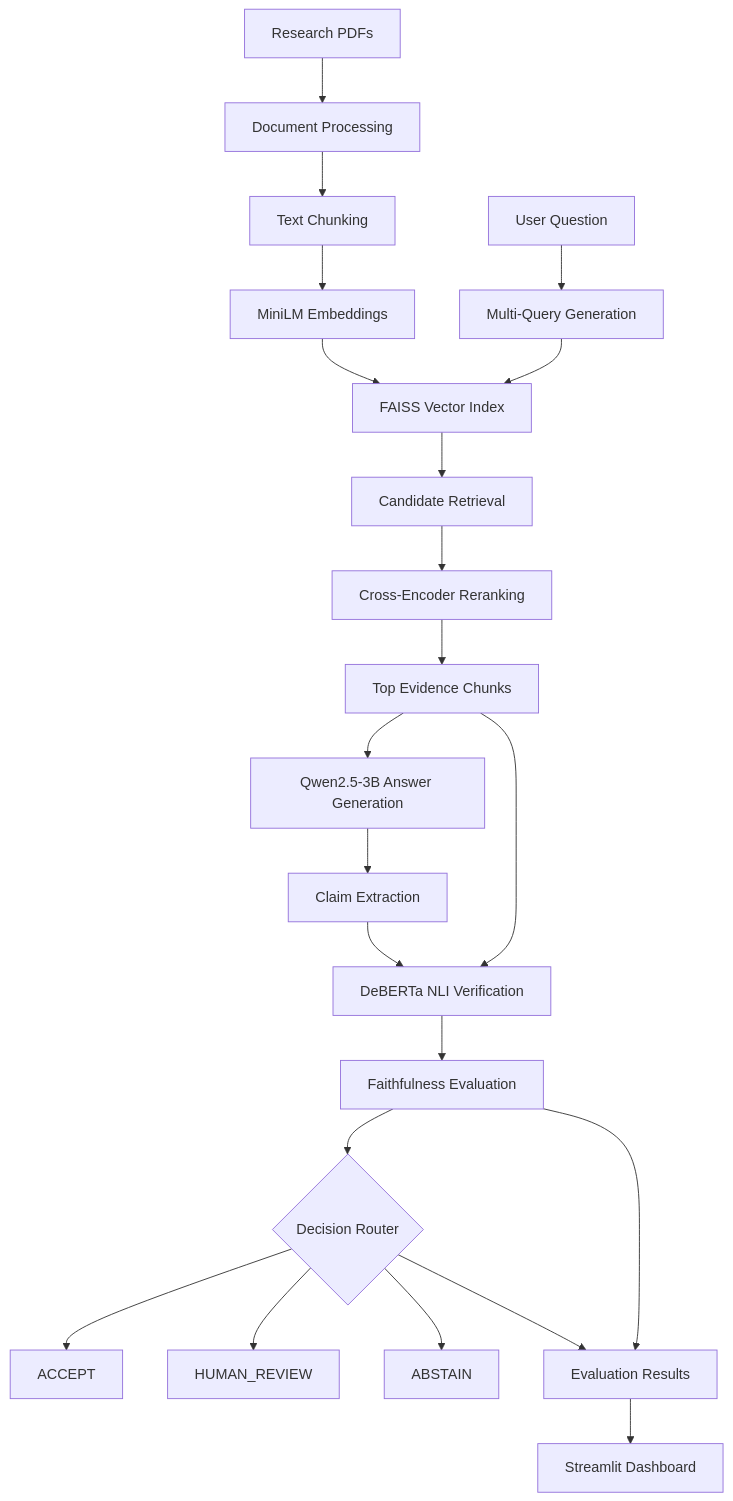
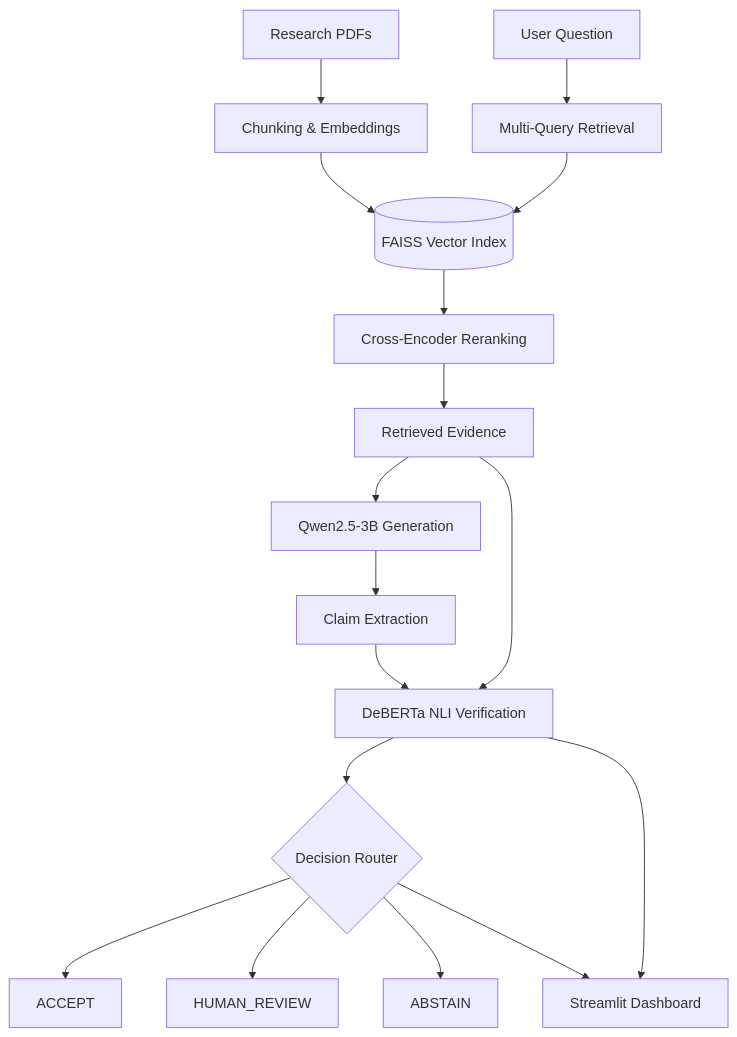
One commit to sakshipatil-hue/RAGTRUST changed the diagram in README.md. Above: the diagram before and after it, drawn with Mermaid. The commit also changed other lines of this file, not shown here.

````diff
--- a/README.md
+++ b/README.md
@@ -70,28 +34,19 @@
 ```mermaid
 flowchart TD
-    A[Research PDFs] --> B[Document Processing]
-    B --> C[Text Chunking]
-    C --> D[MiniLM Embeddings]
-    D --> E[FAISS Vector Index]
-
-    F[User Question] --> G[Multi-Query Generation]
-    G --> E
-    E --> H[Candidate Retrieval]
-    H --> I[Cross-Encoder Reranking]
-    I --> J[Top Evidence Chunks]
-    J --> K[Qwen2.5-3B Answer Generation]
-
-    K --> L[Claim Extraction]
-    L --> M[DeBERTa NLI Verification]
-    J --> M
-
-    M --> N[Faithfulness Evaluation]
-    N --> O{Decision Router}
-    O --> P[ACCEPT]
-    O --> Q[HUMAN_REVIEW]
-    O --> R[ABSTAIN]
-
-    N --> S[Evaluation Results]
-    O --> S
-    S --> T[Streamlit Dashboard]
+    A["Research PDFs"] --> B["Chunking & Embeddings"]
+    B --> C[("FAISS Vector Index")]
+    D["User Question"] --> E["Multi-Query Retrieval"]
+    E --> C
+    C --> F["Cross-Encoder Reranking"]
+    F --> G["Retrieved Evidence"]
+    G --> H["Qwen2.5-3B Generation"]
+    H --> I["Claim Extraction"]
+    I --> J["DeBERTa NLI Verification"]
+    G --> J
+    J --> K{"Decision Router"}
+    K --> L["ACCEPT"]
+    K --> M["HUMAN_REVIEW"]
+    K --> N["ABSTAIN"]
+    J --> O["Streamlit Dashboard"]
+    K --> O
 ```
````
